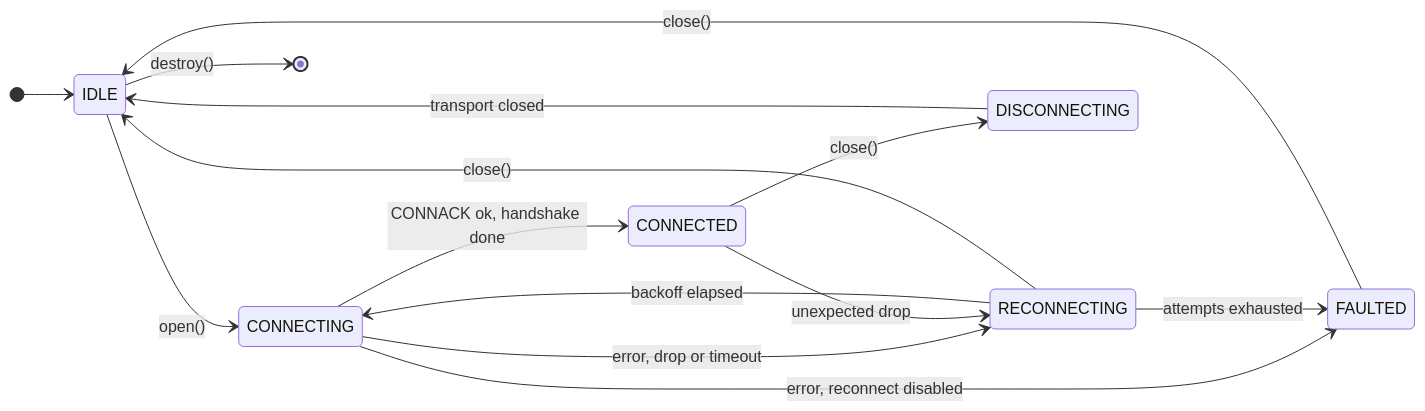
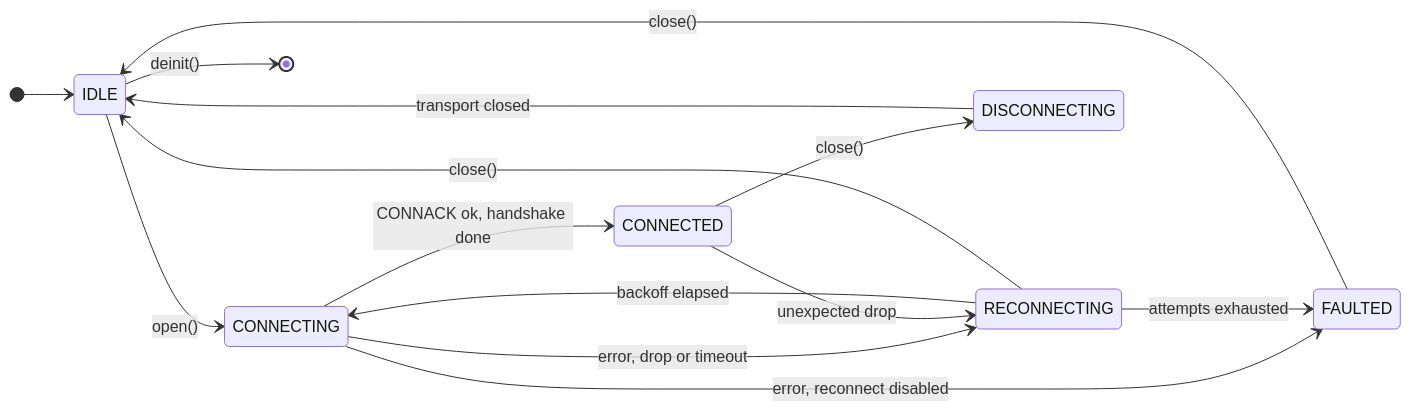
The first of 9 diagrams in c/docs/connection.md (Azure/azure-iot-sdk), drawn with Mermaid before and after one commit. The commit also changed 83 other files, not shown here.

````diff
--- a/c/docs/connection.md
+++ b/c/docs/connection.md
@@ -60,17 +60,17 @@
 ```mermaid
 stateDiagram-v2
     direction LR
     [*] --> IDLE
     IDLE --> CONNECTING: open()
     CONNECTING --> CONNECTED: CONNACK ok, handshake done
     CONNECTING --> RECONNECTING: error, drop or timeout
     CONNECTING --> FAULTED: error, reconnect disabled
     CONNECTED --> RECONNECTING: unexpected drop
     CONNECTED --> DISCONNECTING: close()
     RECONNECTING --> CONNECTING: backoff elapsed
     RECONNECTING --> FAULTED: attempts exhausted
     RECONNECTING --> IDLE: close()
     DISCONNECTING --> IDLE: transport closed
     FAULTED --> IDLE: close()
-    IDLE --> [*]: destroy()
+    IDLE --> [*]: deinit()
 ```
````
